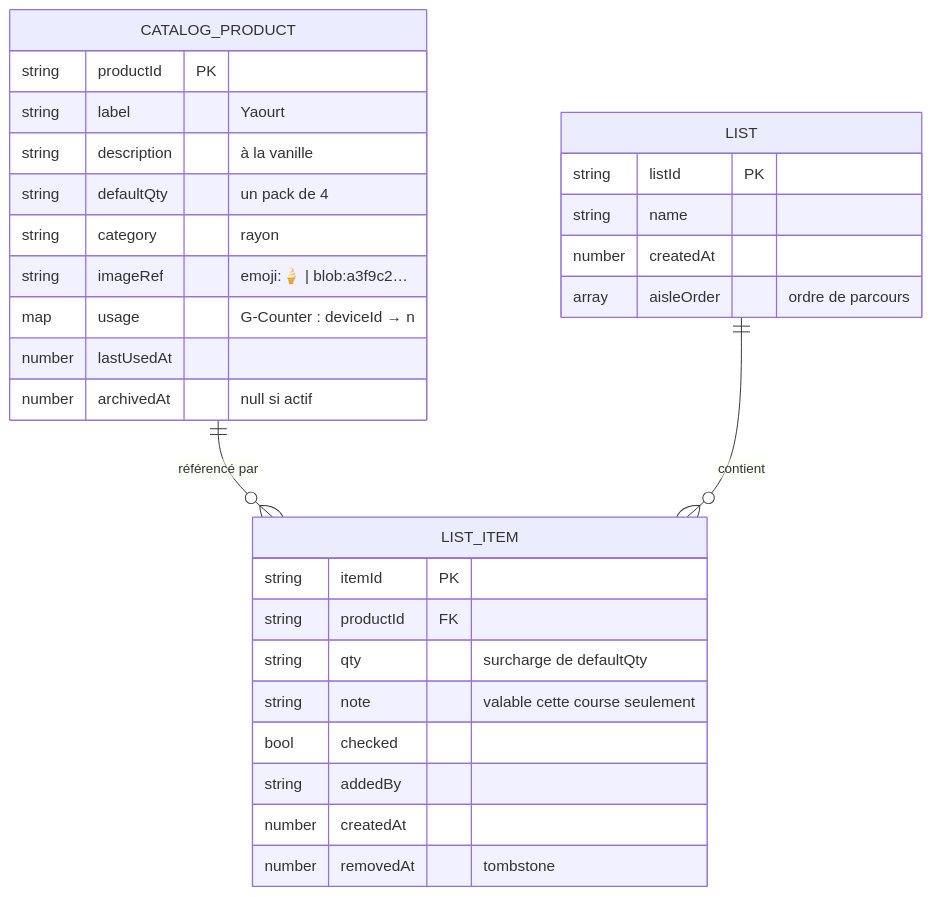
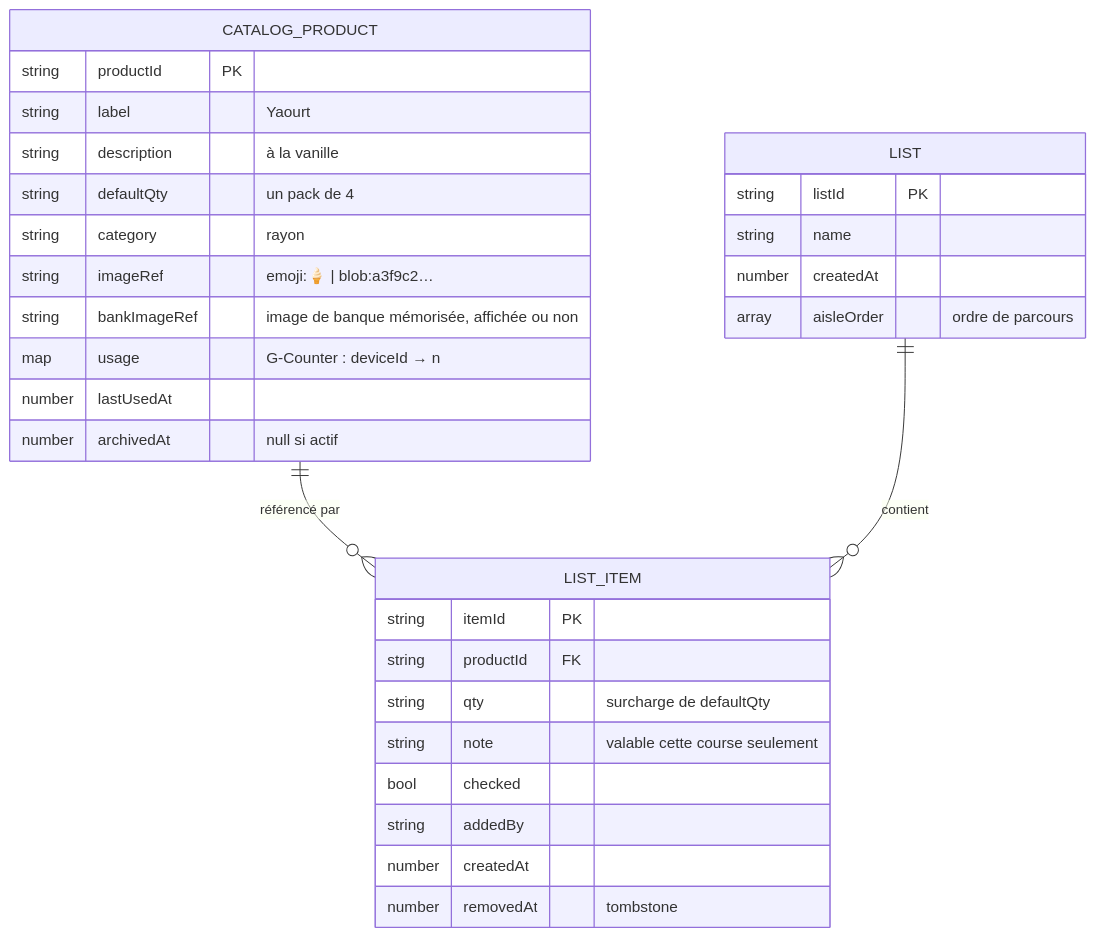
One commit to evanliomain/shared-shopping-list changed the second of 11 diagrams in docs/architecture.md. Above: the diagram before and after it, drawn with Mermaid. The commit also changed other lines of this file and 2 other files, not shown here.

First line of the commit message:
Documente la banque d'images et ce qu'elle écarte

````diff
--- a/docs/architecture.md
+++ b/docs/architecture.md
@@ -80,35 +80,36 @@
 ```mermaid
 erDiagram
     CATALOG_PRODUCT ||--o{ LIST_ITEM : "référencé par"
     LIST ||--o{ LIST_ITEM : contient
 
     CATALOG_PRODUCT {
         string productId PK
         string label "Yaourt"
         string description "à la vanille"
         string defaultQty "un pack de 4"
         string category "rayon"
         string imageRef "emoji:🍦 | blob:a3f9c2…"
+        string bankImageRef "image de banque mémorisée, affichée ou non"
         map    usage "G-Counter : deviceId → n"
         number lastUsedAt
         number archivedAt "null si actif"
     }
 
     LIST {
         string listId PK
         string name
         number createdAt
         array  aisleOrder "ordre de parcours"
     }
 
     LIST_ITEM {
         string itemId PK
         string productId FK
         string qty "surcharge de defaultQty"
         string note "valable cette course seulement"
         bool   checked
         string addedBy
         number createdAt
         number removedAt "tombstone"
     }
 ```
````
